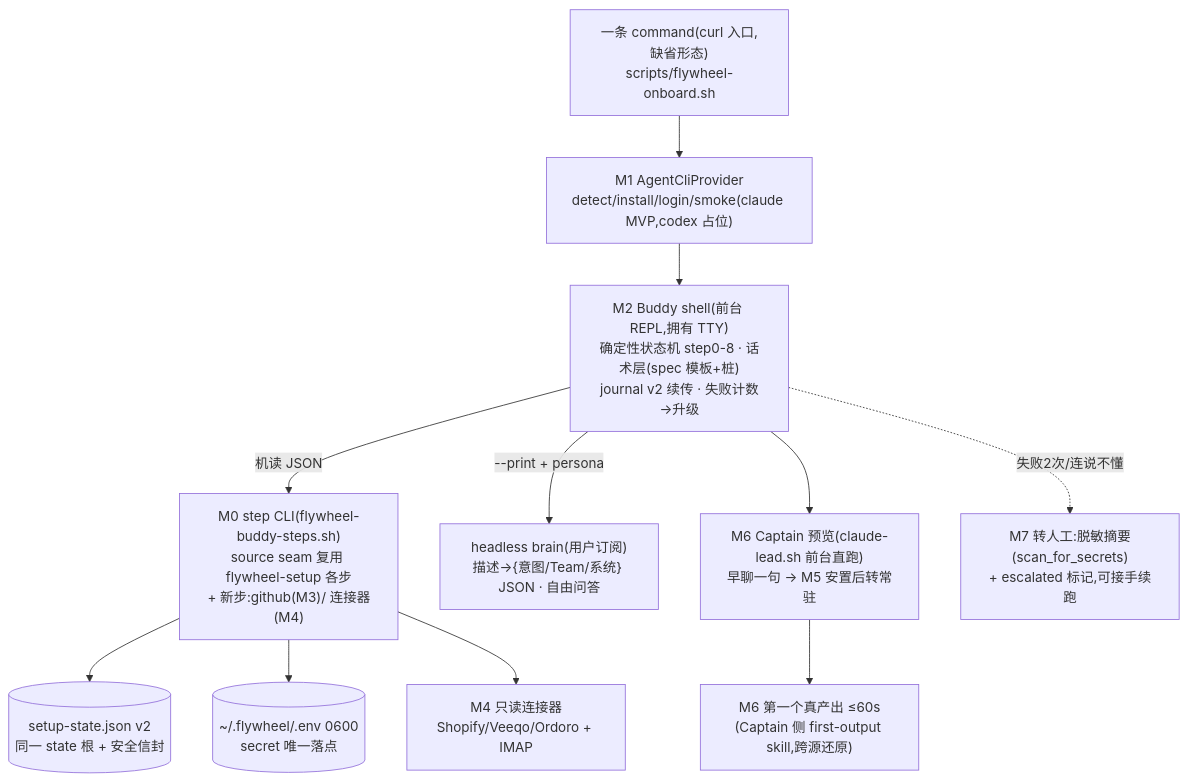
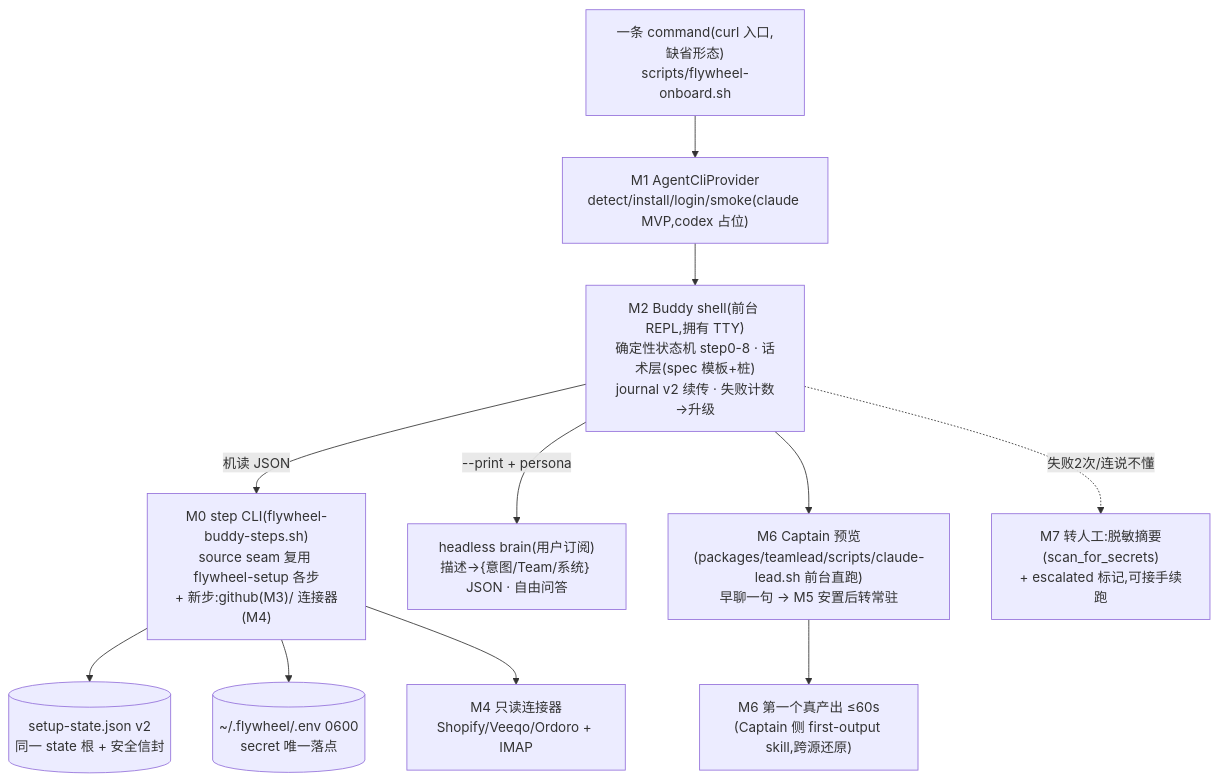
Before and after one commit to xrliAnnie/flywheel-qa-sandbox: the diagram in engineering/doc/FLY-1023-buddy-onboarding-build/plan.md, drawn with Mermaid. The commit also changed other lines of this file and 1 other file, not shown here.

````diff
--- a/engineering/doc/FLY-1023-buddy-onboarding-build/plan.md
+++ b/engineering/doc/FLY-1023-buddy-onboarding-build/plan.md
@@ -23,13 +23,13 @@
 ```mermaid
 flowchart TD
   CURL["一条 command(curl 入口,缺省形态)<br/>scripts/flywheel-onboard.sh"] --> P["M1 AgentCliProvider<br/>detect/install/login/smoke(claude MVP,codex 占位)"]
   P --> SH["M2 Buddy shell(前台 REPL,拥有 TTY)<br/>确定性状态机 step0-8 · 话术层(spec 模板+桩)<br/>journal v2 续传 · 失败计数→升级"]
   SH -->|机读 JSON| SC["M0 step CLI(flywheel-buddy-steps.sh)<br/>source seam 复用 flywheel-setup 各步<br/>+ 新步:github(M3)/ 连接器(M4)"]
   SH -->|"--print + persona"| BR["headless brain(用户订阅)<br/>描述→{意图/Team/系统} JSON · 自由问答"]
   SC --> J[("setup-state.json v2<br/>同一 state 根 + 安全信封")]
   SC --> ENV[("~/.flywheel/.env 0600<br/>secret 唯一落点")]
-  SH --> CAP["M6 Captain 预览(claude-lead.sh 前台直跑)<br/>早聊一句 → M5 安置后转常驻"]
+  SH --> CAP["M6 Captain 预览(packages/teamlead/scripts/claude-lead.sh 前台直跑)<br/>早聊一句 → M5 安置后转常驻"]
   SC --> CONN["M4 只读连接器<br/>Shopify/Veeqo/Ordoro + IMAP"]
   CAP --> OUT["M6 第一个真产出 ≤60s<br/>(Captain 侧 first-output skill,跨源还原)"]
   SH -.失败2次/连说不懂.-> ESC["M7 转人工:脱敏摘要(scan_for_secrets)<br/>+ escalated 标记,可接手续跑"]
 ```
````
